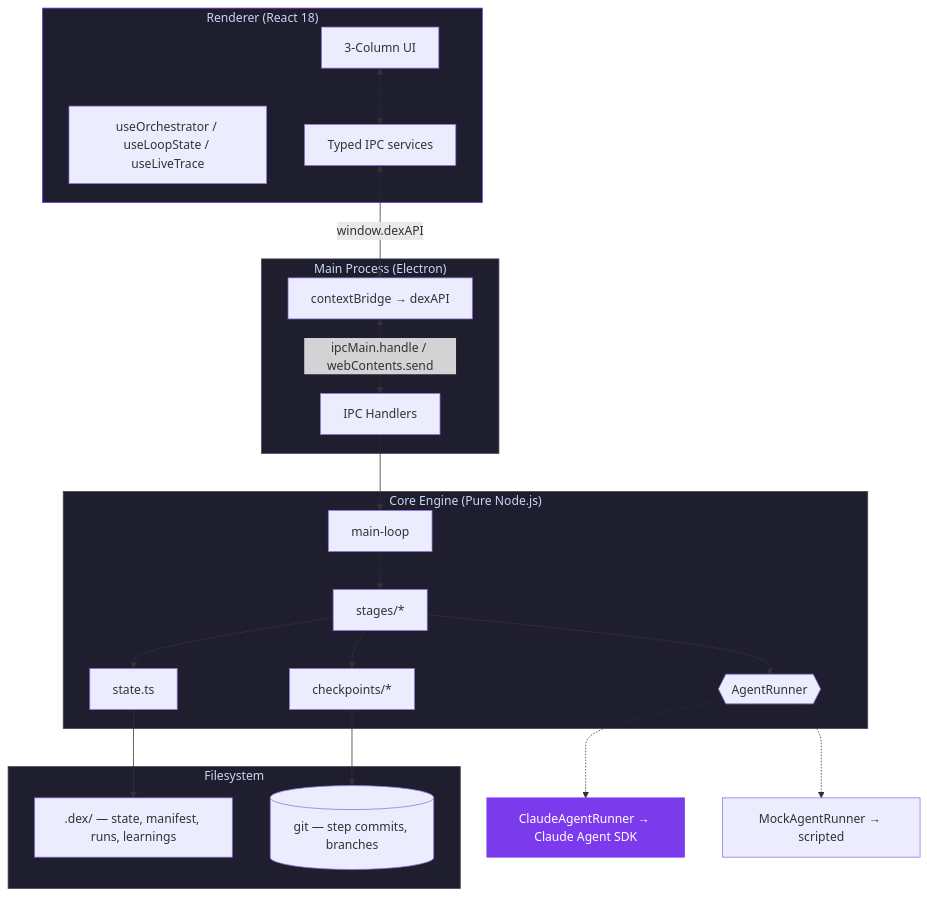
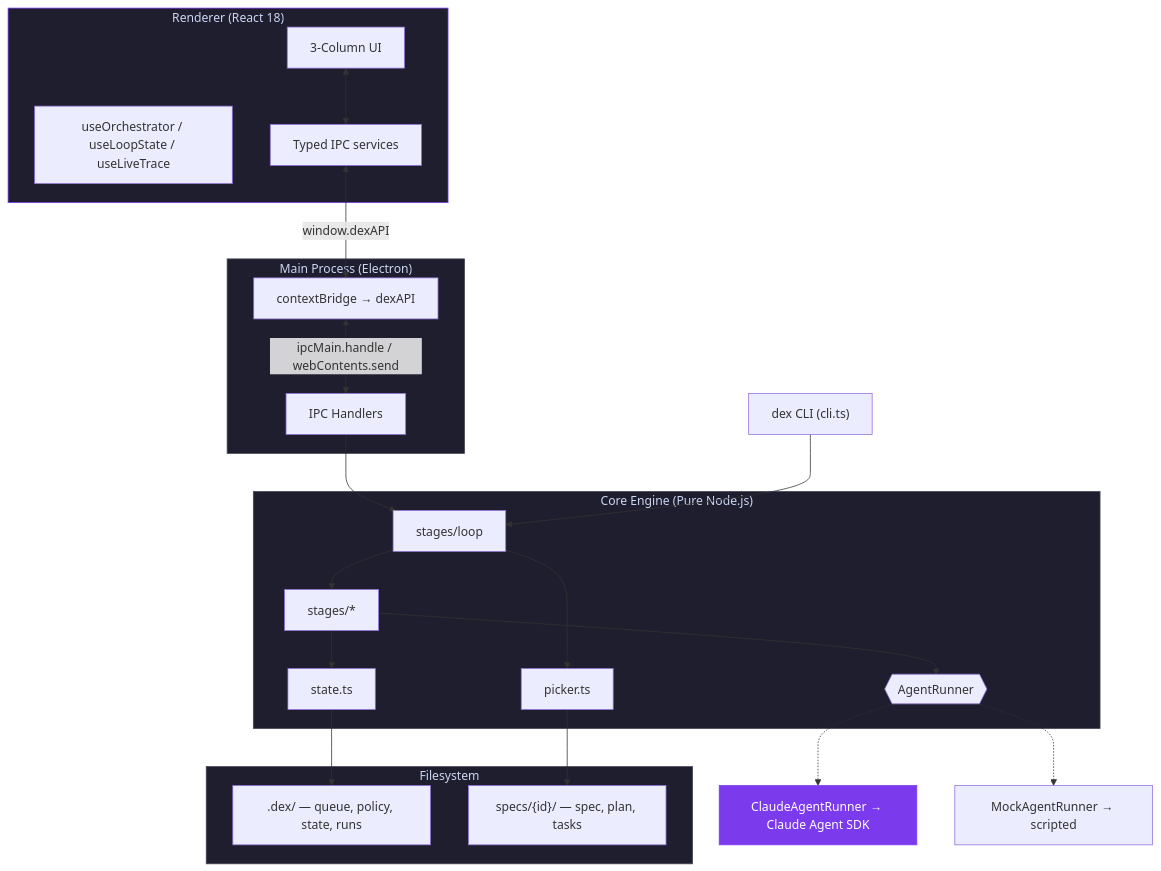
One commit to lukaskellerstein/dex changed the diagram in README.md. Above: the diagram before and after it, drawn with Mermaid. The commit also changed other lines of this file and 217 other files, not shown here.

First line of the commit message:
Lean core: queue-driven loop, project policy and the dex run CLI (015) (#23)

````diff
--- a/README.md
+++ b/README.md
@@ -112,48 +92,51 @@
 ```mermaid
 graph TD
     subgraph Renderer["Renderer (React 18)"]
         UI["3-Column UI"]
         Hooks["useOrchestrator / useLoopState / useLiveTrace"]
         Svc["Typed IPC services"]
     end
 
     subgraph Main["Main Process (Electron)"]
         IPC["IPC Handlers"]
         Preload["contextBridge → dexAPI"]
     end
 
     subgraph Core["Core Engine (Pure Node.js)"]
-        Loop["main-loop"]
+        Loop["stages/loop"]
+        Picker["picker.ts"]
         Stages["stages/*"]
-        Ckpt["checkpoints/*"]
         State["state.ts"]
         Runner{{"AgentRunner"}}
     end
 
+    CLI["dex CLI (cli.ts)"]
+
     subgraph FS["Filesystem"]
-        Proj[".dex/ — state, manifest, runs, learnings"]
-        Git[("git — step commits, branches")]
+        Proj[".dex/ — queue, policy, state, runs"]
+        Specs["specs/{id}/ — spec, plan, tasks"]
     end
 
     Claude["ClaudeAgentRunner → Claude Agent SDK"]
     Mock["MockAgentRunner → scripted"]
 
     UI <--> Svc
     Svc <-->|"window.dexAPI"| Preload
     Preload <-->|"ipcMain.handle / webContents.send"| IPC
     IPC --> Loop
+    CLI --> Loop
+    Loop --> Picker
+    Picker --> Specs
     Loop --> Stages
     Stages --> Runner
-    Stages --> Ckpt
     Stages --> State
     Runner -.-> Claude
     Runner -.-> Mock
     State --> Proj
-    Ckpt --> Git
 
     style Renderer fill:#1E1E2E,stroke:#7C3AED,color:#CDD6F4
     style Main fill:#1E1E2E,stroke:#45475A,color:#CDD6F4
     style Core fill:#1E1E2E,stroke:#45475A,color:#CDD6F4
     style FS fill:#1E1E2E,stroke:#45475A,color:#CDD6F4
     style Claude fill:#7C3AED,stroke:#7C3AED,color:#FFF
 ```
````
